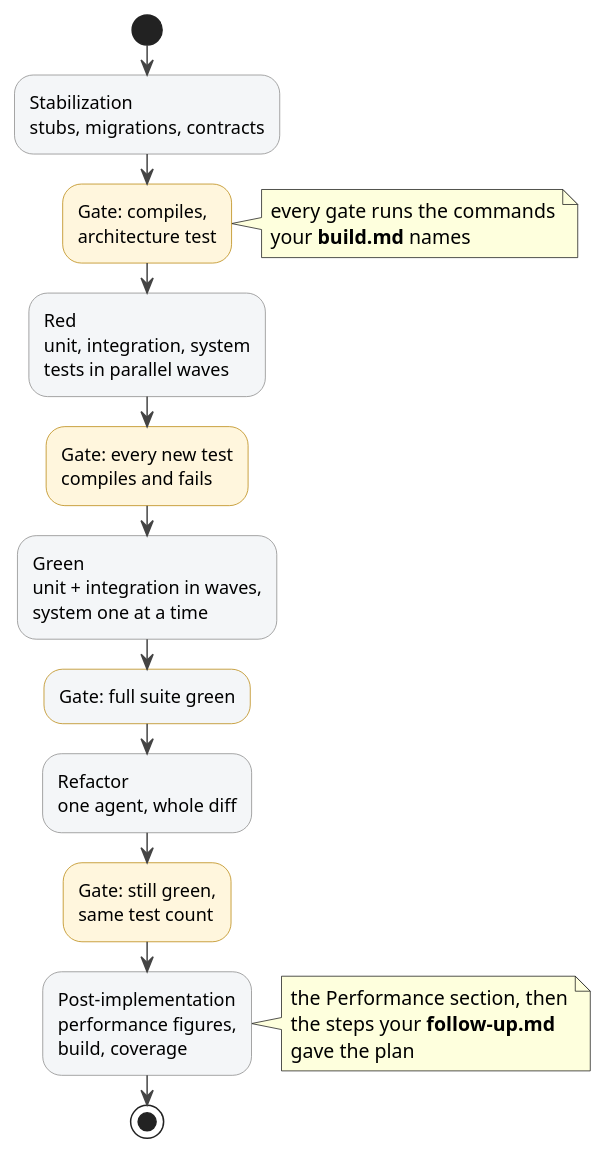
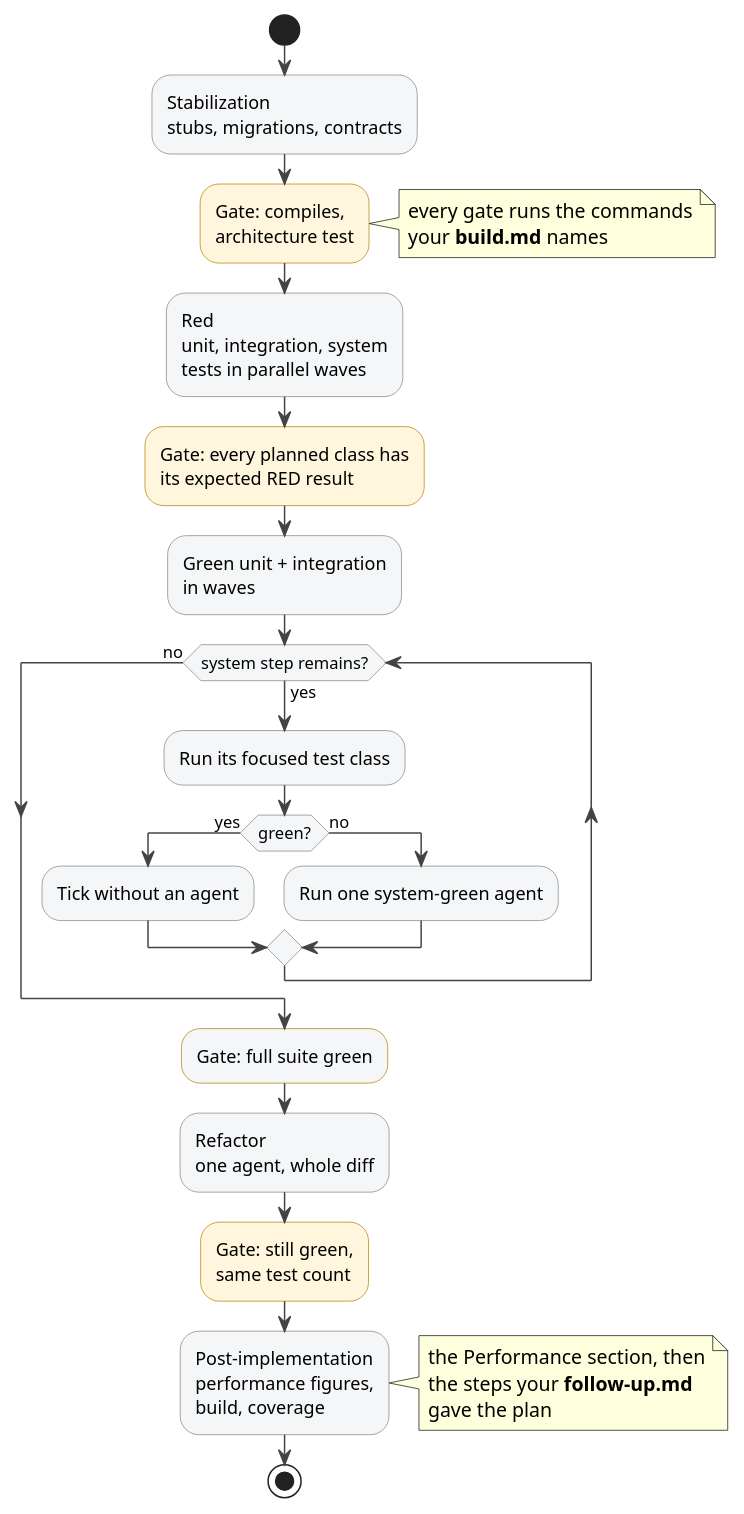
Before and after one commit to ds-usova/tdd-sdlc: the diagram in docs/diagrams/implement-plan-pipeline.puml, drawn with PlantUML. The commit also changed 8 other files, not shown here.

Commit message:
Skip system-green agents if tests are already green

```diff
--- a/docs/diagrams/implement-plan-pipeline.puml
+++ b/docs/diagrams/implement-plan-pipeline.puml
@@ -1,47 +1,54 @@
 @startuml implement-plan-pipeline
 skinparam defaultFontName Helvetica
 skinparam shadowing false
 skinparam ActivityBackgroundColor #F4F6F8
 skinparam ActivityBorderColor #888
 skinparam ArrowColor #444
 <style>
 activityDiagram {
   .gate {
     BackgroundColor #FFF6DD
     LineColor #B8860B
   }
 }
 </style>
 
 start
 :Stabilization
 stubs, migrations, contracts;
 :Gate: compiles,
 architecture test;<<gate>>
 note right
   every gate runs the commands
   your **build.md** names
 end note
 :Red
 unit, integration, system
 tests in parallel waves;
-:Gate: every new test
-compiles and fails;<<gate>>
-:Green
-unit + integration in waves,
-system one at a time;
+:Gate: every planned class has
+its expected RED result;<<gate>>
+:Green unit + integration
+in waves;
+while (system step remains?) is (yes)
+  :Run its focused test class;
+  if (green?) then (yes)
+    :Tick without an agent;
+  else (no)
+    :Run one system-green agent;
+  endif
+endwhile (no)
 :Gate: full suite green;<<gate>>
 :Refactor
 one agent, whole diff;
 :Gate: still green,
 same test count;<<gate>>
 :Post-implementation
 performance figures,
 build, coverage;
 note right
   the Performance section, then
   the steps your **follow-up.md**
   gave the plan
 end note
 stop
 @enduml
```
